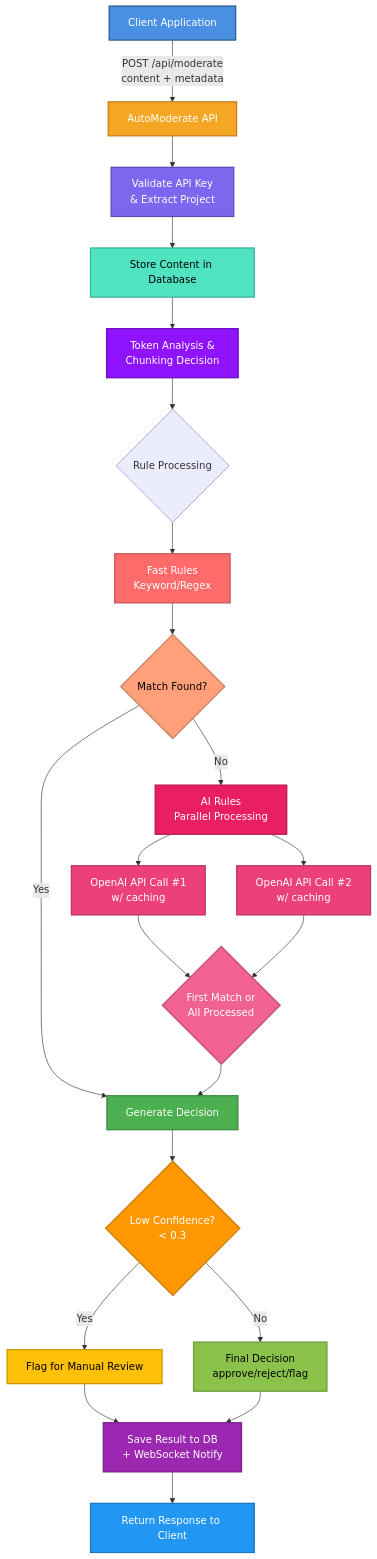
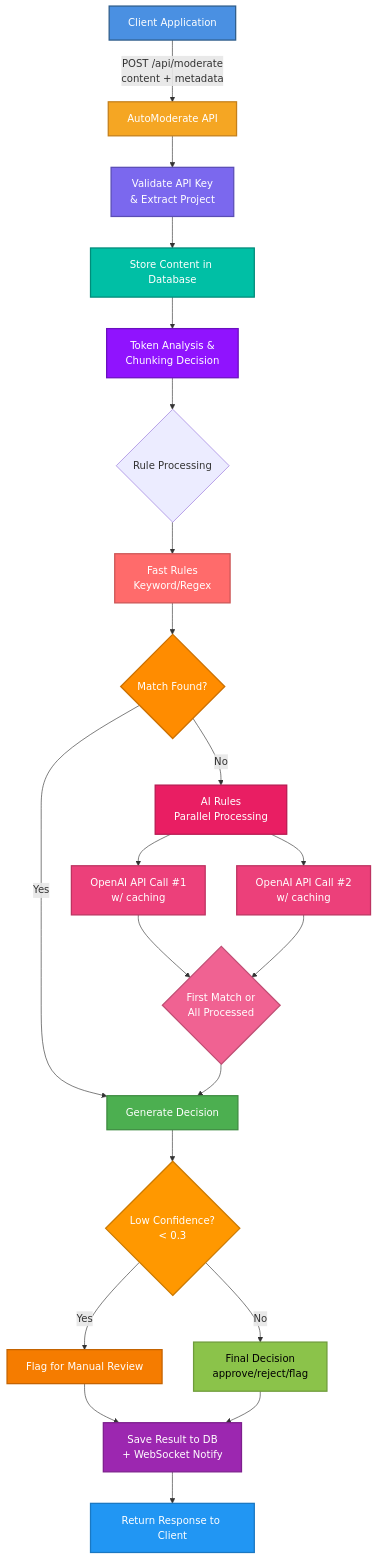
Before and after one commit to Significant-Gravitas/AutoModerate: the diagram in README.md, drawn with Mermaid.

Commit message:
Update flowchart node styles in README
Adjusted the fill, stroke, and text color for nodes D, H, and O in the flowchart to improve visual consistency and readability.

````diff
--- a/README.md
+++ b/README.md
@@ -239,44 +239,44 @@
 ```mermaid
 flowchart TD
     A[Client Application] -->|POST /api/moderate<br/>content + metadata| B[AutoModerate API]
     B --> C[Validate API Key<br/>& Extract Project]
     C --> D[Store Content in Database]
     D --> E[Token Analysis &<br/>Chunking Decision]
     E --> F{Rule Processing}
 
     F --> G[Fast Rules<br/>Keyword/Regex]
     G --> H{Match Found?}
     H -->|Yes| M[Generate Decision]
     H -->|No| I[AI Rules<br/>Parallel Processing]
 
     I --> J[OpenAI API Call #1<br/>w/ caching]
     I --> K[OpenAI API Call #2<br/>w/ caching]
     J --> L{First Match or<br/>All Processed}
     K --> L
     L --> M
 
     M --> N{Low Confidence?<br/>< 0.3}
     N -->|Yes| O[Flag for Manual Review]
     N -->|No| P[Final Decision<br/>approve/reject/flag]
     O --> Q[Save Result to DB<br/>+ WebSocket Notify]
     P --> Q
     Q --> R[Return Response to Client]
 
     style A fill:#4A90E2,stroke:#2E5C8A,stroke-width:2px,color:#fff
     style B fill:#F5A623,stroke:#C47F1A,stroke-width:2px,color:#fff
     style C fill:#7B68EE,stroke:#5A4DB5,stroke-width:2px,color:#fff
-    style D fill:#50E3C2,stroke:#3AB39A,stroke-width:2px,color:#000
+    style D fill:#00BFA5,stroke:#008C7A,stroke-width:2px,color:#fff
     style E fill:#9013FE,stroke:#6B0FBF,stroke-width:2px,color:#fff
     style G fill:#FF6B6B,stroke:#CC5555,stroke-width:2px,color:#fff
-    style H fill:#FFA07A,stroke:#CC8061,stroke-width:2px,color:#000
+    style H fill:#FF8C00,stroke:#CC7000,stroke-width:2px,color:#fff
     style I fill:#E91E63,stroke:#B71850,stroke-width:2px,color:#fff
     style J fill:#EC407A,stroke:#BD3361,stroke-width:2px,color:#fff
     style K fill:#EC407A,stroke:#BD3361,stroke-width:2px,color:#fff
     style L fill:#F06292,stroke:#C04F75,stroke-width:2px,color:#fff
     style M fill:#4CAF50,stroke:#3D8B40,stroke-width:2px,color:#fff
     style N fill:#FF9800,stroke:#CC7A00,stroke-width:2px,color:#fff
-    style O fill:#FFC107,stroke:#CC9A06,stroke-width:2px,color:#000
+    style O fill:#F57C00,stroke:#C46300,stroke-width:2px,color:#fff
     style P fill:#8BC34A,stroke:#6F9C3B,stroke-width:2px,color:#000
     style Q fill:#9C27B0,stroke:#7D1F8D,stroke-width:2px,color:#fff
     style R fill:#2196F3,stroke:#1A78C2,stroke-width:2px,color:#fff
 ```
````
